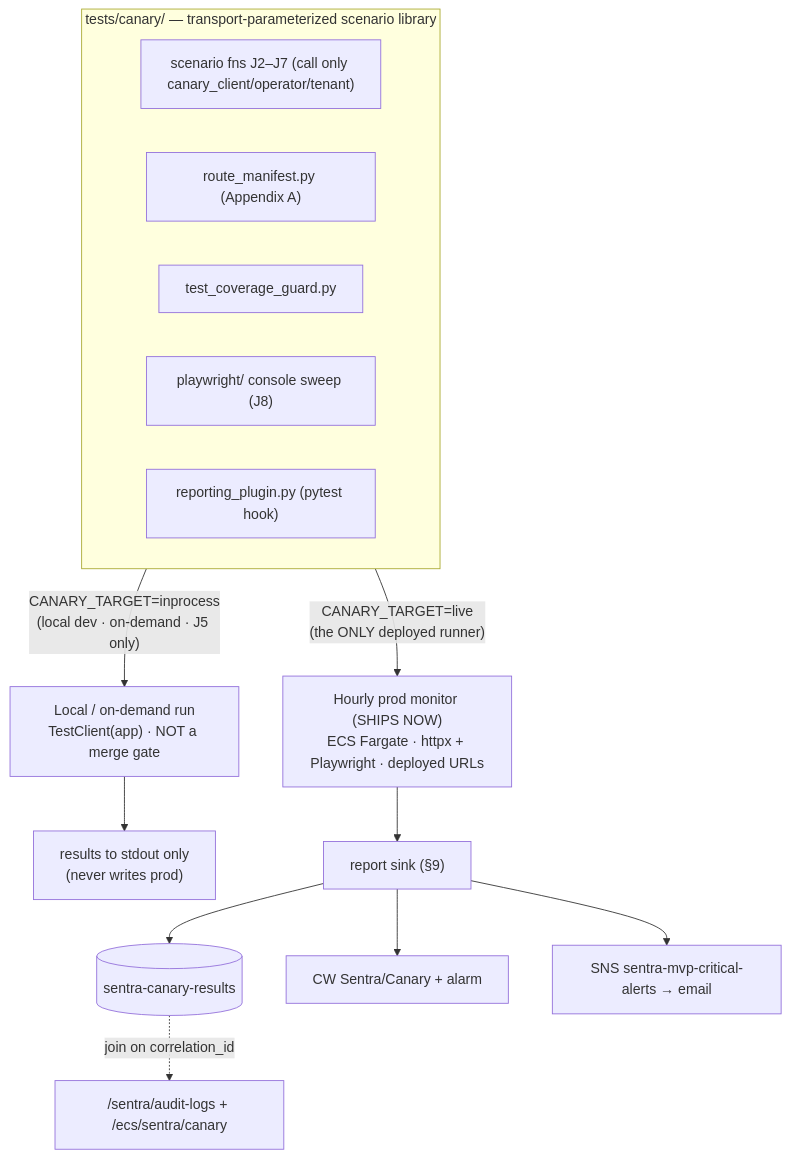
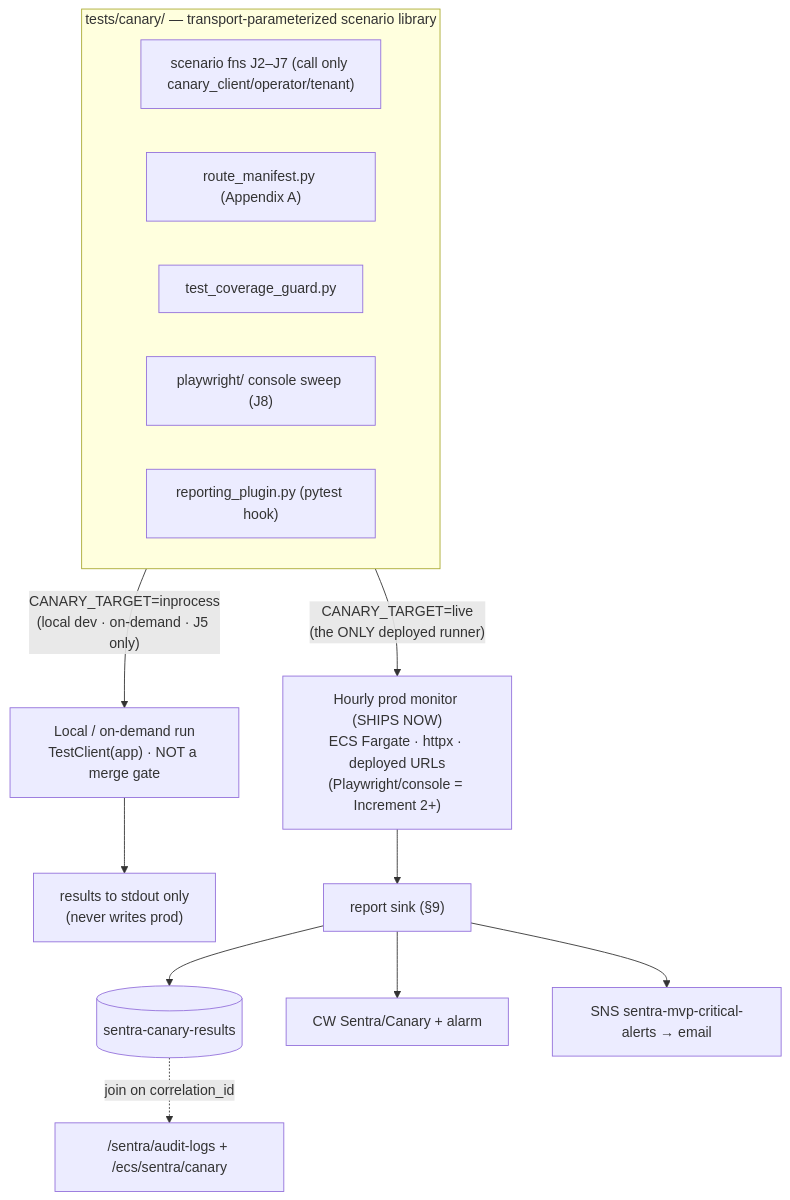
Before and after one commit to shashank31mar/Sentra: the first of 3 diagrams in lld/38-canary-synthetic-monitoring.md, drawn with Mermaid. The commit also changed other lines of this file and 1 other file, not shown here.

First line of the commit message:
lld/38 (WS-J): Increment-1 rescope — all-APIs positive+negative (P0-1), code-logic coverage via pytest-cov (P0-2), SNS alert email (P0-3); console/auth/metering deferred to Increment 2+

````diff
--- a/lld/38-canary-synthetic-monitoring.md
+++ b/lld/38-canary-synthetic-monitoring.md
@@ -127,18 +139,18 @@
 ```mermaid
 flowchart TB
   subgraph LIB["tests/canary/ — transport-parameterized scenario library"]
     SC["scenario fns J2–J7 (call only canary_client/operator/tenant)"]
     RM["route_manifest.py (Appendix A)"]
     CG["test_coverage_guard.py"]
     PW["playwright/ console sweep (J8)"]
     RP["reporting_plugin.py (pytest hook)"]
   end
   LIB -->|"CANARY_TARGET=inprocess<br/>(local dev · on-demand · J5 only)"| RA["Local / on-demand run<br/>TestClient(app) · NOT a merge gate"]
-  LIB -->|"CANARY_TARGET=live<br/>(the ONLY deployed runner)"| RB["Hourly prod monitor (SHIPS NOW)<br/>ECS Fargate · httpx + Playwright · deployed URLs"]
+  LIB -->|"CANARY_TARGET=live<br/>(the ONLY deployed runner)"| RB["Hourly prod monitor (SHIPS NOW)<br/>ECS Fargate · httpx · deployed URLs<br/>(Playwright/console = Increment 2+)"]
   RA --> LR["results to stdout only<br/>(never writes prod)"]
   RB --> REP["report sink (§9)"]
   REP --> DDB[("sentra-canary-results")]
   REP --> CW["CW Sentra/Canary + alarm"]
   REP --> SNS["SNS sentra-mvp-critical-alerts → email"]
   DDB -.->|"join on correlation_id"| AUD["/sentra/audit-logs + /ecs/sentra/canary"]
 ```
````
